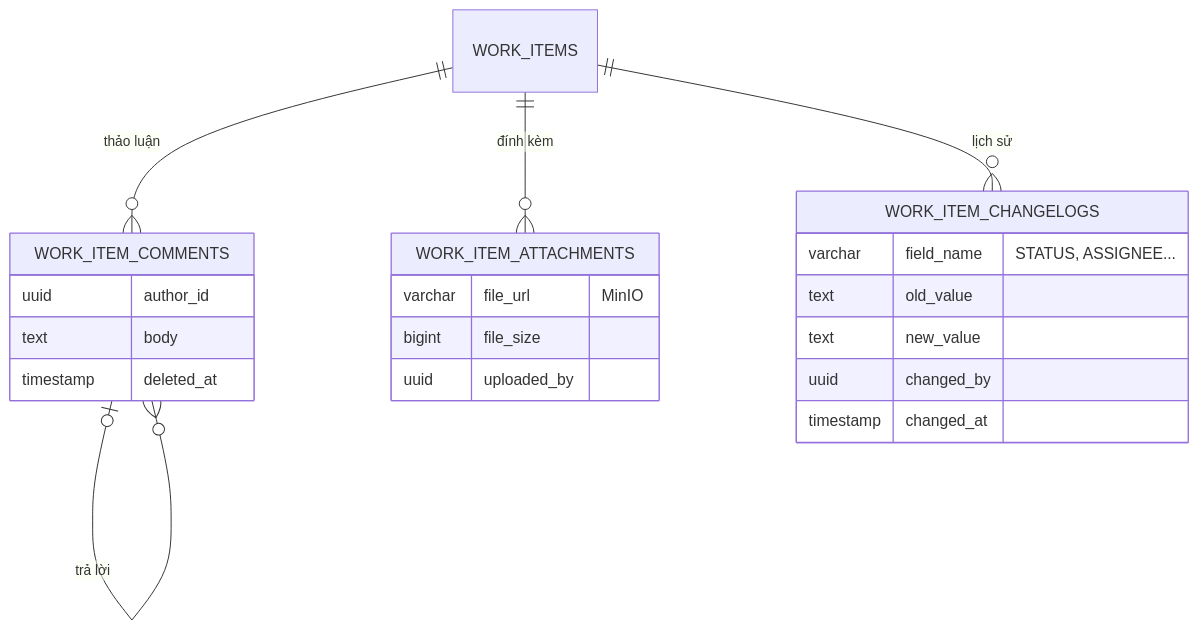
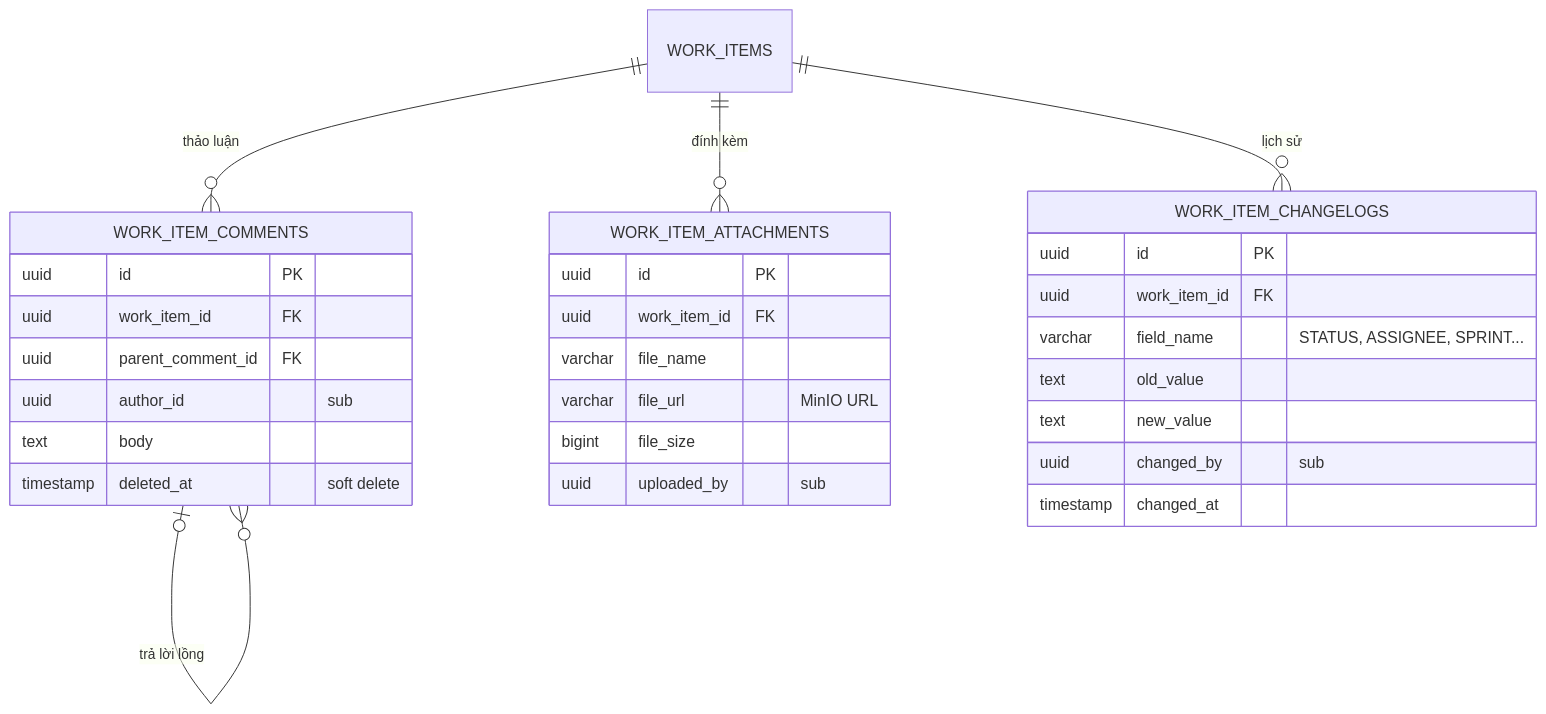
Before and after one commit to Hecker-Chuoi/DATN-2026: diagram 19 of 22 in formal_doc/01_QUAN_HE_THUC_THE.md, drawn with Mermaid. The commit also changed other lines of this file and 60 other files, not shown here.

````diff
--- a/formal_doc/01_QUAN_HE_THUC_THE.md
+++ b/formal_doc/01_QUAN_HE_THUC_THE.md
@@ -484,24 +518,32 @@
 ```mermaid
 erDiagram
     WORK_ITEMS ||--o{ WORK_ITEM_COMMENTS : "thảo luận"
-    WORK_ITEM_COMMENTS |o--o{ WORK_ITEM_COMMENTS : "trả lời"
+    WORK_ITEM_COMMENTS |o--o{ WORK_ITEM_COMMENTS : "trả lời lồng"
     WORK_ITEMS ||--o{ WORK_ITEM_ATTACHMENTS : "đính kèm"
     WORK_ITEMS ||--o{ WORK_ITEM_CHANGELOGS : "lịch sử"
     WORK_ITEM_COMMENTS {
-        uuid author_id
+        uuid id PK
+        uuid work_item_id FK
+        uuid parent_comment_id FK
+        uuid author_id "sub"
         text body
-        timestamp deleted_at
+        timestamp deleted_at "soft delete"
     }
     WORK_ITEM_ATTACHMENTS {
-        varchar file_url "MinIO"
+        uuid id PK
+        uuid work_item_id FK
+        varchar file_name
+        varchar file_url "MinIO URL"
         bigint file_size
-        uuid uploaded_by
+        uuid uploaded_by "sub"
     }
     WORK_ITEM_CHANGELOGS {
-        varchar field_name "STATUS, ASSIGNEE..."
+        uuid id PK
+        uuid work_item_id FK
+        varchar field_name "STATUS, ASSIGNEE, SPRINT..."
         text old_value
         text new_value
-        uuid changed_by
+        uuid changed_by "sub"
         timestamp changed_at
     }
 ```
````
